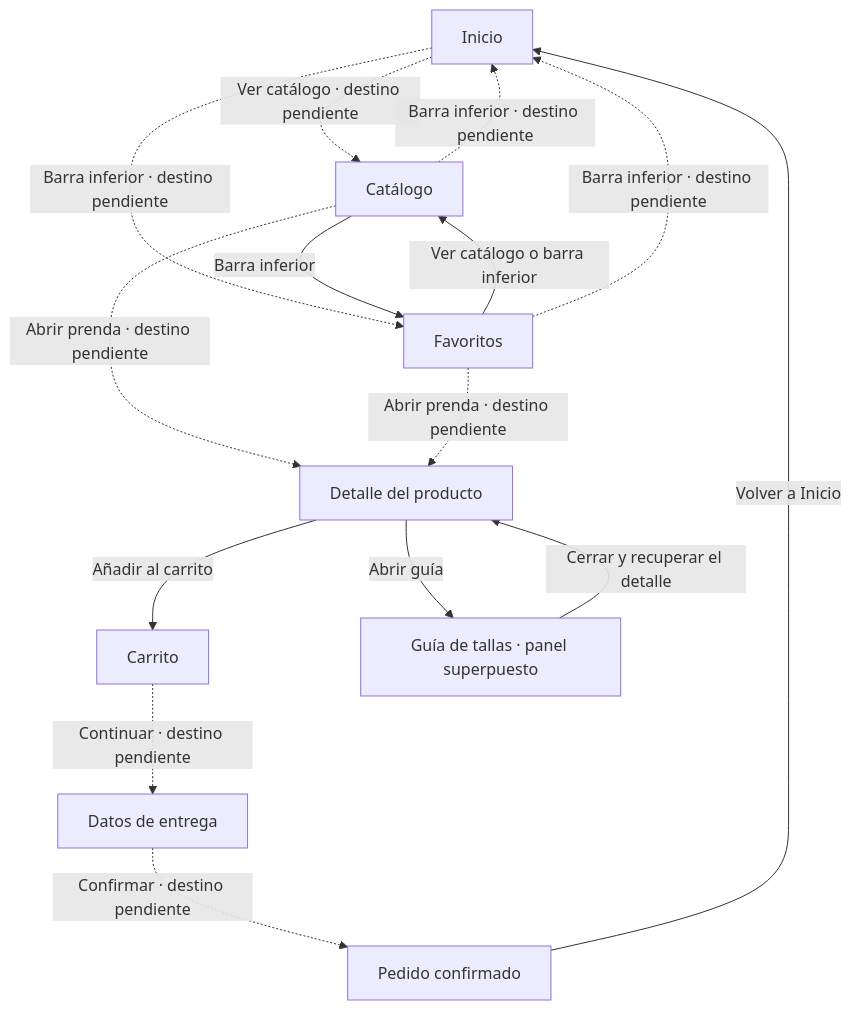
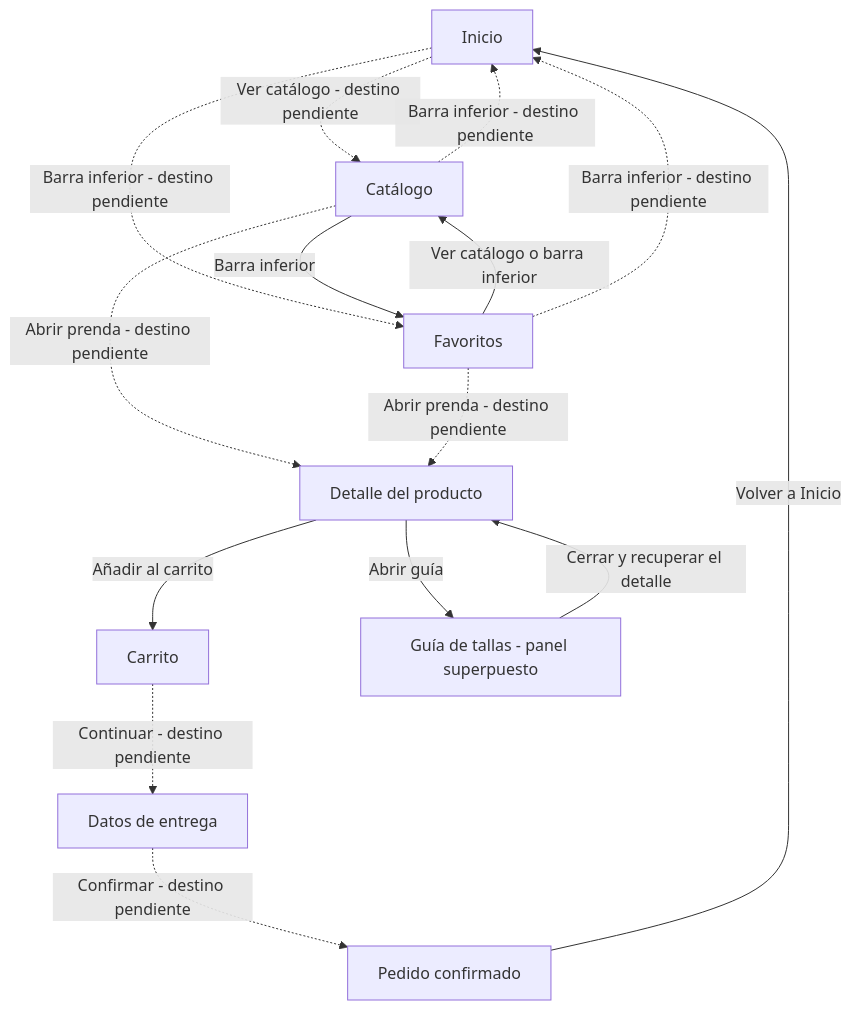
The diagram in DOCUMENTACION.md (mgg06/diu-t1-ropainfantil), drawn with Mermaid before and after one commit. The commit also changed other lines of this file, not shown here.

````diff
--- a/DOCUMENTACION.md
+++ b/DOCUMENTACION.md
@@ -110,28 +110,28 @@
 ```mermaid
 flowchart TD
     INI["Inicio"]
     CAT["Catálogo"]
     DET["Detalle del producto"]
     CAR["Carrito"]
     ENT["Datos de entrega"]
     CON["Pedido confirmado"]
     FAV["Favoritos"]
-    GUI["Guía de tallas · panel superpuesto"]
+    GUI["Guía de tallas - panel superpuesto"]
 
-    INI -.->|"Ver catálogo · destino pendiente"| CAT
-    CAT -.->|"Abrir prenda · destino pendiente"| DET
+    INI -.->|"Ver catálogo - destino pendiente"| CAT
+    CAT -.->|"Abrir prenda - destino pendiente"| DET
     DET -->|"Añadir al carrito"| CAR
-    CAR -.->|"Continuar · destino pendiente"| ENT
-    ENT -.->|"Confirmar · destino pendiente"| CON
+    CAR -.->|"Continuar - destino pendiente"| ENT
+    ENT -.->|"Confirmar - destino pendiente"| CON
     CON -->|"Volver a Inicio"| INI
 
     DET -->|"Abrir guía"| GUI
     GUI -->|"Cerrar y recuperar el detalle"| DET
 
-    INI -.->|"Barra inferior · destino pendiente"| FAV
+    INI -.->|"Barra inferior - destino pendiente"| FAV
     CAT -->|"Barra inferior"| FAV
     FAV -->|"Ver catálogo o barra inferior"| CAT
-    CAT -.->|"Barra inferior · destino pendiente"| INI
-    FAV -.->|"Barra inferior · destino pendiente"| INI
-    FAV -.->|"Abrir prenda · destino pendiente"| DET
+    CAT -.->|"Barra inferior - destino pendiente"| INI
+    FAV -.->|"Barra inferior - destino pendiente"| INI
+    FAV -.->|"Abrir prenda - destino pendiente"| DET
 ```
````
